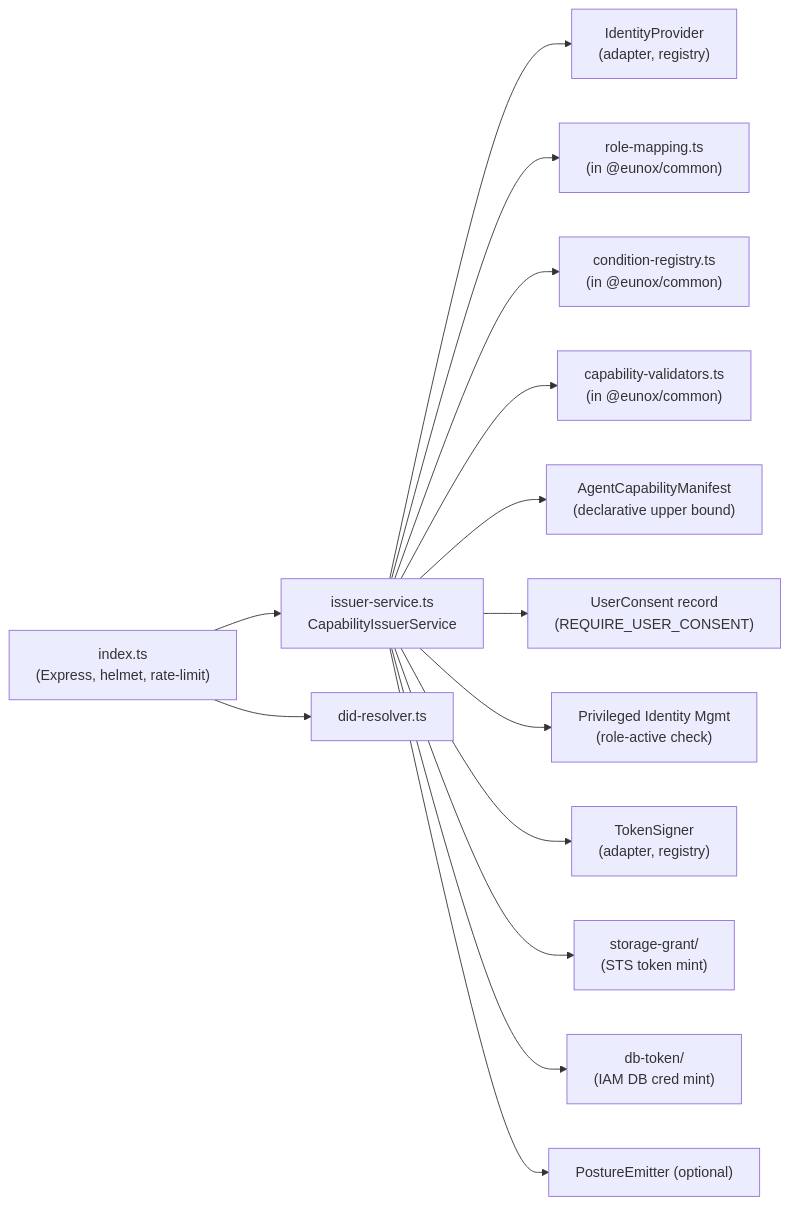
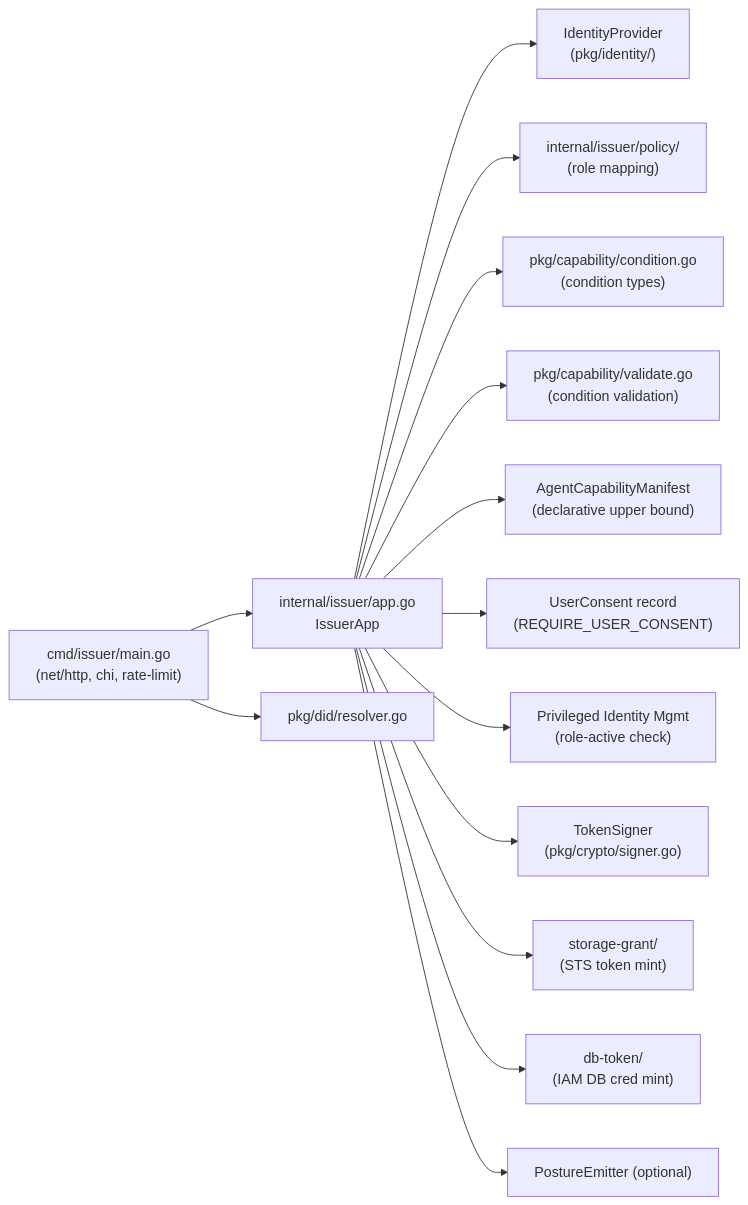
One commit to eunolabs/eunox changed the third of 14 diagrams in docs/ARCHITECTURE.md. Above: the diagram before and after it, drawn with Mermaid. The commit also changed other lines of this file, not shown here.

Commit message:
docs: begin updating TypeScript references to Go in ARCHITECTURE.md

````diff
--- a/docs/ARCHITECTURE.md
+++ b/docs/ARCHITECTURE.md
@@ -168,31 +168,31 @@
 ```mermaid
 flowchart LR
-    HTTP["index.ts<br/>(Express, helmet, rate-limit)"]
-    Service["issuer-service.ts<br/>CapabilityIssuerService"]
-    PolicyMap["role-mapping.ts<br/>(in @eunox/common)"]
-    CondReg["condition-registry.ts<br/>(in @eunox/common)"]
-    Validators["capability-validators.ts<br/>(in @eunox/common)"]
+    HTTP["cmd/issuer/main.go<br/>(net/http, chi, rate-limit)"]
+    Service["internal/issuer/app.go<br/>IssuerApp"]
+    PolicyMap["internal/issuer/policy/<br/>(role mapping)"]
+    CondReg["pkg/capability/condition.go<br/>(condition types)"]
+    Validators["pkg/capability/validate.go<br/>(condition validation)"]
     Manifests["AgentCapabilityManifest<br/>(declarative upper bound)"]
     Consent["UserConsent record<br/>(REQUIRE_USER_CONSENT)"]
     PIM["Privileged Identity Mgmt<br/>(role-active check)"]
-    IDP["IdentityProvider<br/>(adapter, registry)"]
-    SIGN["TokenSigner<br/>(adapter, registry)"]
-    DID["did-resolver.ts"]
+    IDP["IdentityProvider<br/>(pkg/identity/)"]
+    SIGN["TokenSigner<br/>(pkg/crypto/signer.go)"]
+    DID["pkg/did/resolver.go"]
     SG["storage-grant/<br/>(STS token mint)"]
     DBT["db-token/<br/>(IAM DB cred mint)"]
     POST["PostureEmitter (optional)"]
 
     HTTP --> Service
     Service --> IDP
     Service --> PolicyMap
     Service --> CondReg
     Service --> Validators
     Service --> Manifests
     Service --> Consent
     Service --> PIM
     Service --> SIGN
     Service --> SG
     Service --> DBT
     Service --> POST
     HTTP --> DID
 ```
````
